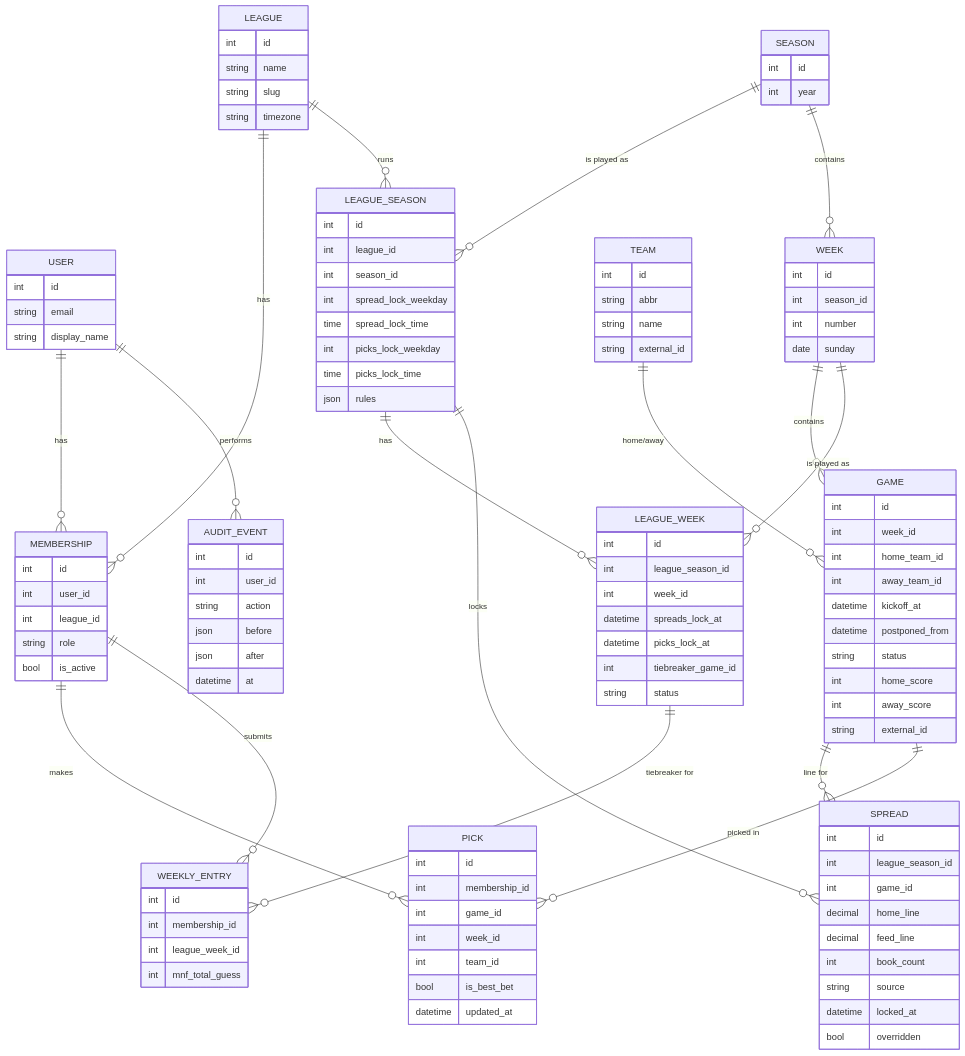
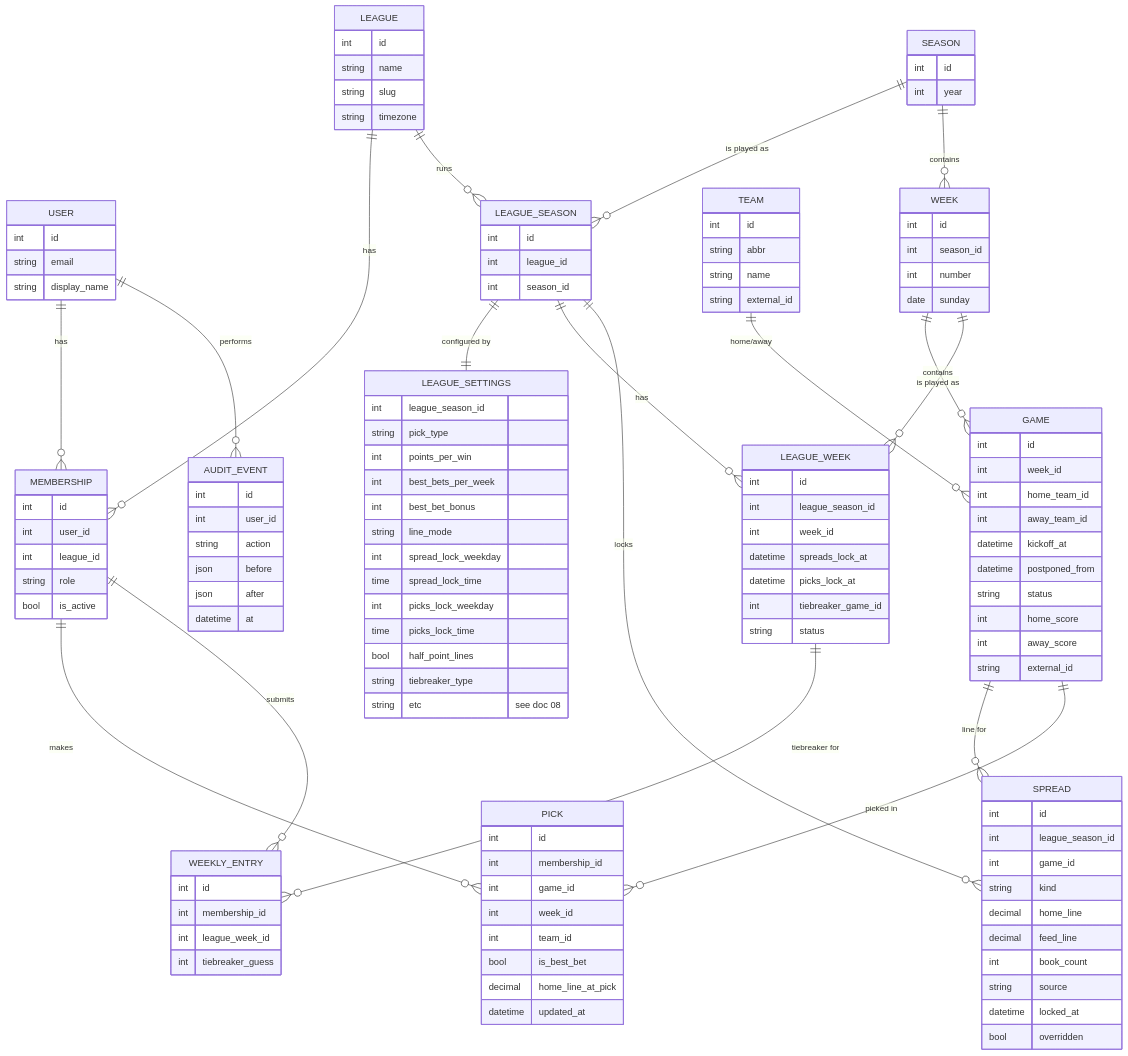
One commit to aasadorian/ats changed the diagram in docs/04-data-model.md. Above: the diagram before and after it, drawn with Mermaid. The commit also changed other lines of this file and 7 other files, not shown here.

First line of the commit message:
Design configurable league settings modeled on OfficePoolStop

```diff
--- a/docs/04-data-model.md
+++ b/docs/04-data-model.md
@@ -11,6 +11,7 @@
     SEASON ||--o{ WEEK : contains
     WEEK ||--o{ GAME : contains
     TEAM ||--o{ GAME : "home/away"
+    LEAGUE_SEASON ||--|| LEAGUE_SETTINGS : "configured by"
     LEAGUE_SEASON ||--o{ LEAGUE_WEEK : has
     WEEK ||--o{ LEAGUE_WEEK : "is played as"
     LEAGUE_SEASON ||--o{ SPREAD : locks
@@ -47,11 +48,21 @@
         int id
         int league_id
         int season_id
+    }
+    LEAGUE_SETTINGS {
+        int league_season_id
+        string pick_type
+        int points_per_win
+        int best_bets_per_week
+        int best_bet_bonus
+        string line_mode
         int spread_lock_weekday
         time spread_lock_time
         int picks_lock_weekday
         time picks_lock_time
-        json rules
+        bool half_point_lines
+        string tiebreaker_type
+        string etc "see doc 08"
     }
     WEEK {
         int id
@@ -90,6 +101,7 @@
         int id
         int league_season_id
         int game_id
+        string kind
         decimal home_line
         decimal feed_line
         int book_count
@@ -104,13 +116,14 @@
         int week_id
         int team_id
         bool is_best_bet
+        decimal home_line_at_pick
         datetime updated_at
     }
     WEEKLY_ENTRY {
         int id
         int membership_id
         int league_week_id
-        int mnf_total_guess
+        int tiebreaker_guess
     }
     AUDIT_EVENT {
         int id
```
